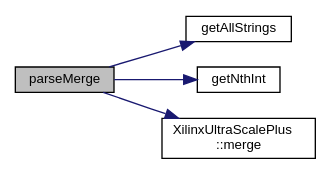
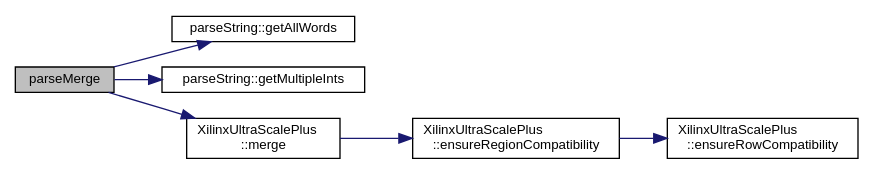
Before and after one commit to FPGA-Research-Manchester/byteman: the diagram in byteman_8cpp_a8c6afae26d72a7030f5f568b832170cc_cgraph.dot, drawn with Graphviz. The commit also changed 566 other files, not shown here.

```diff
--- a/byteman_8cpp_a8c6afae26d72a7030f5f568b832170cc_cgraph.dot
+++ b/byteman_8cpp_a8c6afae26d72a7030f5f568b832170cc_cgraph.dot
@@ -1,15 +1,19 @@
 digraph "parseMerge"
 {
  // INTERACTIVE_SVG=YES
  // LATEX_PDF_SIZE
   edge [fontname="Helvetica",fontsize="10",labelfontname="Helvetica",labelfontsize="10"];
   node [fontname="Helvetica",fontsize="10",shape=record];
   rankdir="LR";
   Node1 [label="parseMerge",height=0.2,width=0.4,color="black", fillcolor="grey75", style="filled", fontcolor="black",tooltip=" "];
   Node1 -> Node2 [color="midnightblue",fontsize="10",style="solid",fontname="Helvetica"];
-  Node2 [label="getAllStrings",height=0.2,width=0.4,color="black", fillcolor="white", style="filled",URL="$byteman_8cpp.html#a7387d6a5da2c3ae1a51a14b1c0855112",tooltip=" "];
+  Node2 [label="parseString::getAllWords",height=0.2,width=0.4,color="black", fillcolor="white", style="filled",URL="$namespaceparseString.html#a75a5ff436adf2f18ea551bd79f7a55a0",tooltip=" "];
   Node1 -> Node3 [color="midnightblue",fontsize="10",style="solid",fontname="Helvetica"];
-  Node3 [label="getNthInt",height=0.2,width=0.4,color="black", fillcolor="white", style="filled",URL="$byteman_8cpp.html#a7e6d949e69ac4f52a80dad0b6d62de02",tooltip=" "];
+  Node3 [label="parseString::getMultipleInts",height=0.2,width=0.4,color="black", fillcolor="white", style="filled",URL="$namespaceparseString.html#ac06596f0fa8d4218207a451019f59df4",tooltip=" "];
   Node1 -> Node4 [color="midnightblue",fontsize="10",style="solid",fontname="Helvetica"];
   Node4 [label="XilinxUltraScalePlus\l::merge",height=0.2,width=0.4,color="black", fillcolor="white", style="filled",URL="$classXilinxUltraScalePlus.html#a2736a4556848cdea1b411ef5d4a2fd56",tooltip=" "];
+  Node4 -> Node5 [color="midnightblue",fontsize="10",style="solid",fontname="Helvetica"];
+  Node5 [label="XilinxUltraScalePlus\l::ensureRegionCompatibility",height=0.2,width=0.4,color="black", fillcolor="white", style="filled",URL="$classXilinxUltraScalePlus.html#ac4e521e12241b4c8d971724fef17d2d9",tooltip=" "];
+  Node5 -> Node6 [color="midnightblue",fontsize="10",style="solid",fontname="Helvetica"];
+  Node6 [label="XilinxUltraScalePlus\l::ensureRowCompatibility",height=0.2,width=0.4,color="black", fillcolor="white", style="filled",URL="$classXilinxUltraScalePlus.html#a743835eb4f8f894dfd07417067926ace",tooltip=" "];
 }
```
